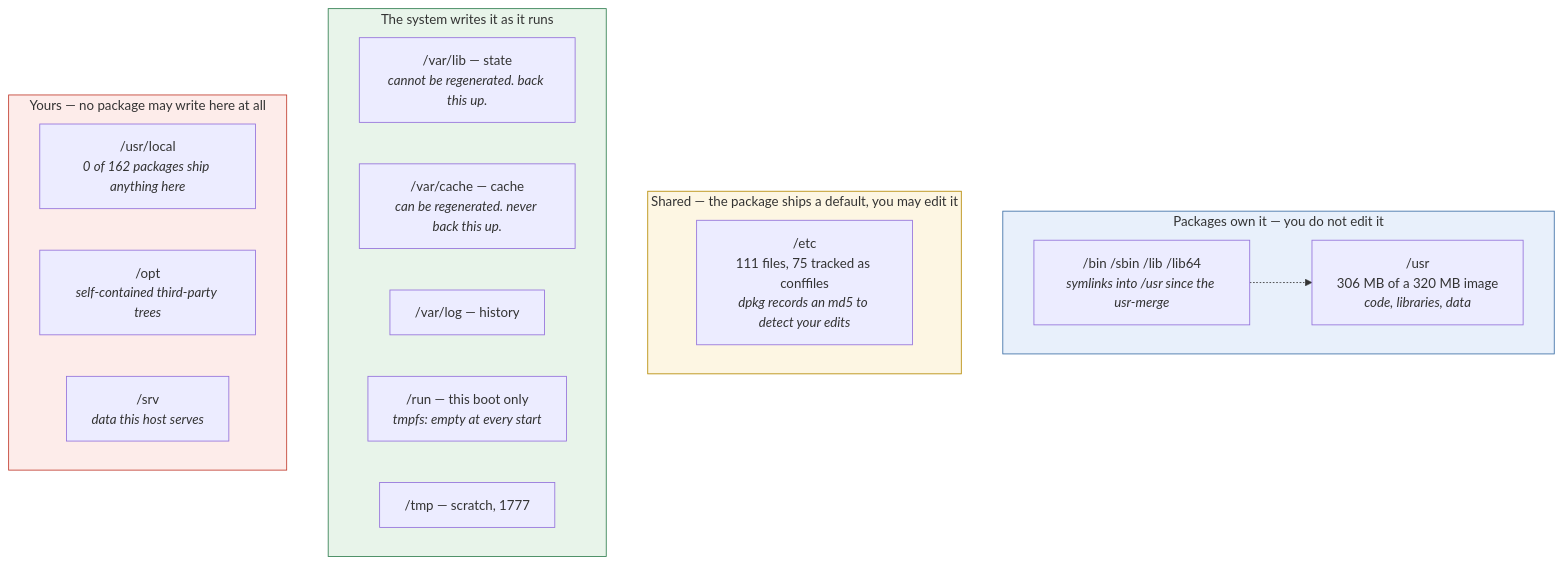
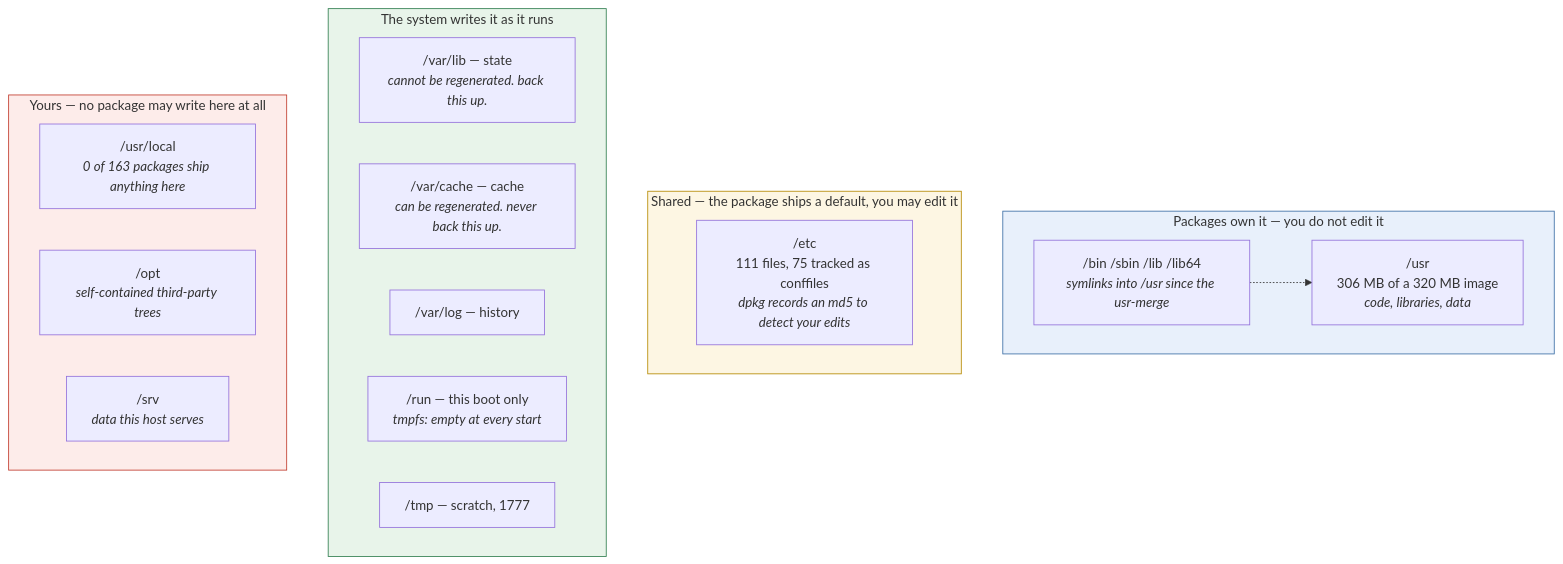
One commit to waseralkarim/groundwork-learning-platform changed the diagram in content/courses/06-linux-fundamentals/modules/03-the-filesystem-hierarchy/topics/01-the-hierarchy/diagrams/ownership-contract.mmd. Above: the diagram before and after it, drawn with Mermaid. The commit also changed 13 other files, not shown here.

```diff
--- a/content/courses/06-linux-fundamentals/modules/03-the-filesystem-hierarchy/topics/01-the-hierarchy/diagrams/ownership-contract.mmd
+++ b/content/courses/06-linux-fundamentals/modules/03-the-filesystem-hierarchy/topics/01-the-hierarchy/diagrams/ownership-contract.mmd
@@ -1,29 +1,29 @@
 flowchart TB
     subgraph pkg["Packages own it — you do not edit it"]
         USR["/usr<br/>306 MB of a 320 MB image<br/><i>code, libraries, data</i>"]
         BIN["/bin /sbin /lib /lib64<br/><i>symlinks into /usr since the usr-merge</i>"]
         BIN -.-> USR
     end
 
     subgraph shared["Shared — the package ships a default, you may edit it"]
         ETC["/etc<br/>111 files, 75 tracked as conffiles<br/><i>dpkg records an md5 to detect your edits</i>"]
     end
 
     subgraph runtime["The system writes it as it runs"]
         LIB["/var/lib — state<br/><i>cannot be regenerated. back this up.</i>"]
         CACHE["/var/cache — cache<br/><i>can be regenerated. never back this up.</i>"]
         LOG["/var/log — history"]
         RUN["/run — this boot only<br/><i>tmpfs: empty at every start</i>"]
         TMP["/tmp — scratch, 1777"]
     end
 
     subgraph yours["Yours — no package may write here at all"]
-        LOCAL["/usr/local<br/><i>0 of 162 packages ship anything here</i>"]
+        LOCAL["/usr/local<br/><i>0 of 163 packages ship anything here</i>"]
         OPT["/opt<br/><i>self-contained third-party trees</i>"]
         SRV["/srv<br/><i>data this host serves</i>"]
     end
 
     style pkg fill:#e8f0fb,stroke:#3b6ea5
     style shared fill:#fdf6e3,stroke:#b58900
     style runtime fill:#e8f4ea,stroke:#2f7d4f
     style yours fill:#fdecea,stroke:#c0392b
```
